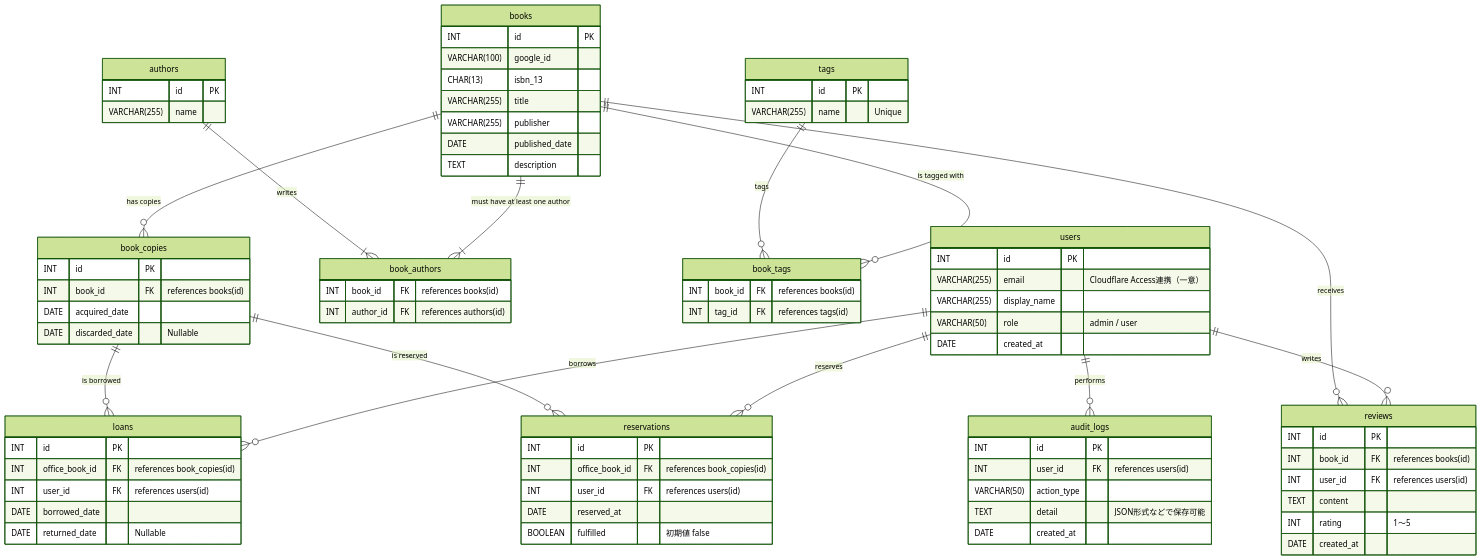
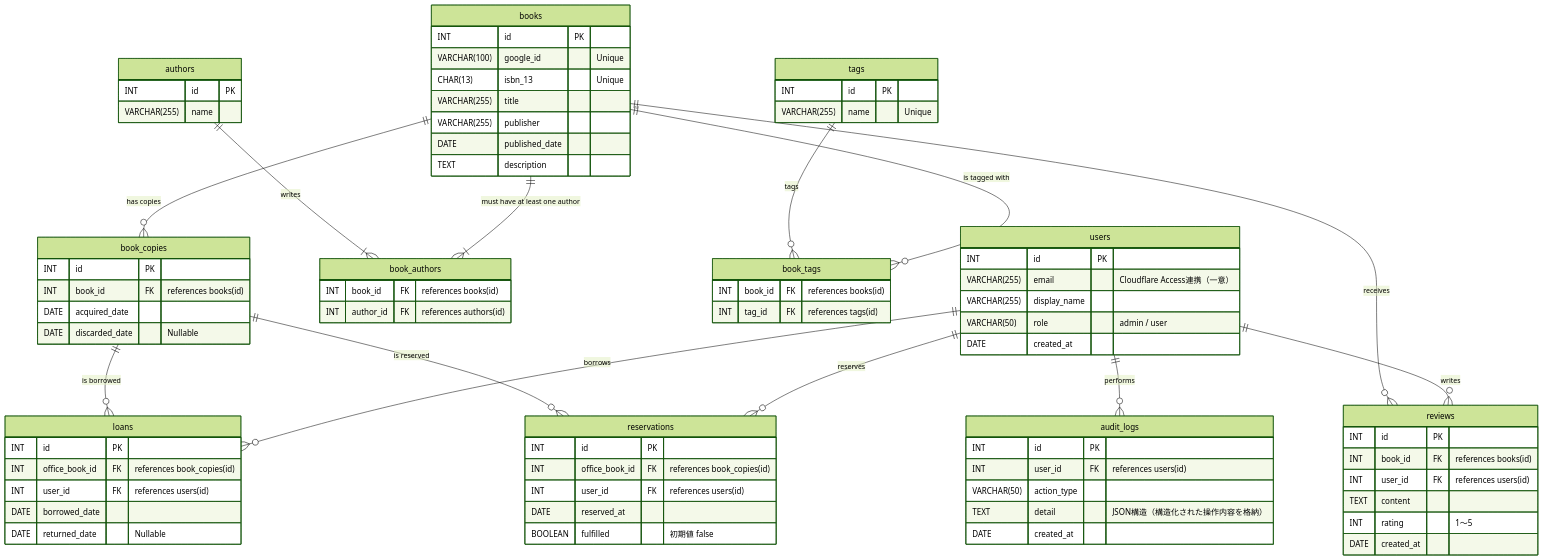
The diagram in docs/02-DB定義.md (ryoma-yama/BookVault), drawn with Mermaid (forest theme) before and after one commit. The commit also changed other lines of this file and 4 other files, not shown here.

Commit message:
feat(db): enforce unique constraints on google_id and isbn_13 in books table

```diff
--- a/docs/02-DB定義.md
+++ b/docs/02-DB定義.md
@@ -12,8 +12,8 @@
 
     books {
         INT id PK
-        VARCHAR(100) google_id
-        CHAR(13) isbn_13
+        VARCHAR(100) google_id "Unique"
+        CHAR(13) isbn_13 "Unique"
         VARCHAR(255) title
         VARCHAR(255) publisher
         DATE published_date
@@ -76,7 +76,7 @@
         INT id PK
         INT user_id FK "references users(id)"
         VARCHAR(50) action_type
-        TEXT detail "JSON形式などで保存可能"
+        TEXT detail "JSON構造（構造化された操作内容を格納）"
         DATE created_at
     }
 
```
